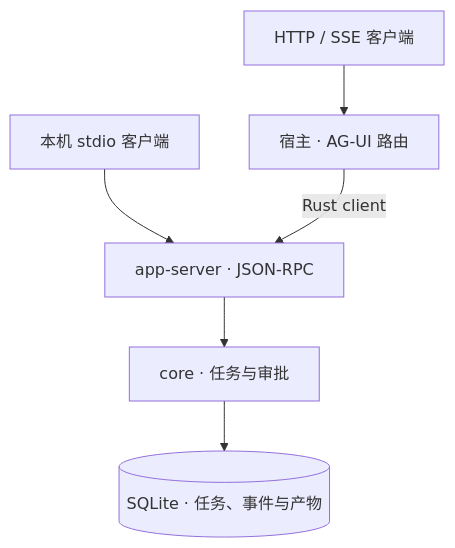
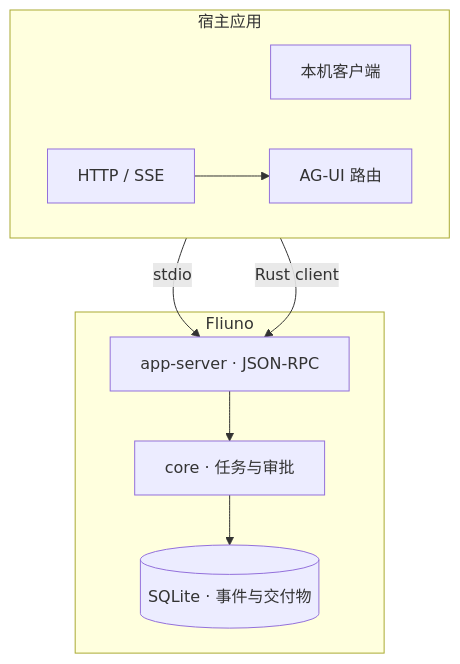
The first of 3 diagrams in docs/architecture.md (AuronaLabs/Fliuno), drawn with Mermaid before and after one commit. The commit also changed other lines of this file and 11 other files, not shown here.

````diff
--- a/docs/architecture.md
+++ b/docs/architecture.md
@@ -13,8 +13,14 @@
 ```mermaid
 flowchart TD
-  Stdio["本机 stdio 客户端"] --> Server["app-server · JSON-RPC"]
-  Http["HTTP / SSE 客户端"] --> Host["宿主 · AG-UI 路由"]
-  Host -->|Rust client| Server
-  Server --> Core["core · 任务与审批"]
-  Core --> Store[("SQLite · 任务、事件与产物")]
+  subgraph Host["宿主应用"]
+    direction LR
+    Stdio["本机客户端"]
+    Http["HTTP / SSE"] --> Route["AG-UI 路由"]
+  end
+  subgraph Kernel["Fliuno"]
+    Server["app-server · JSON-RPC"] --> Core["core · 任务与审批"]
+    Core --> Store[("SQLite · 事件与交付物")]
+  end
+  Stdio -->|stdio| Server
+  Route -->|Rust client| Server
 ```
````
